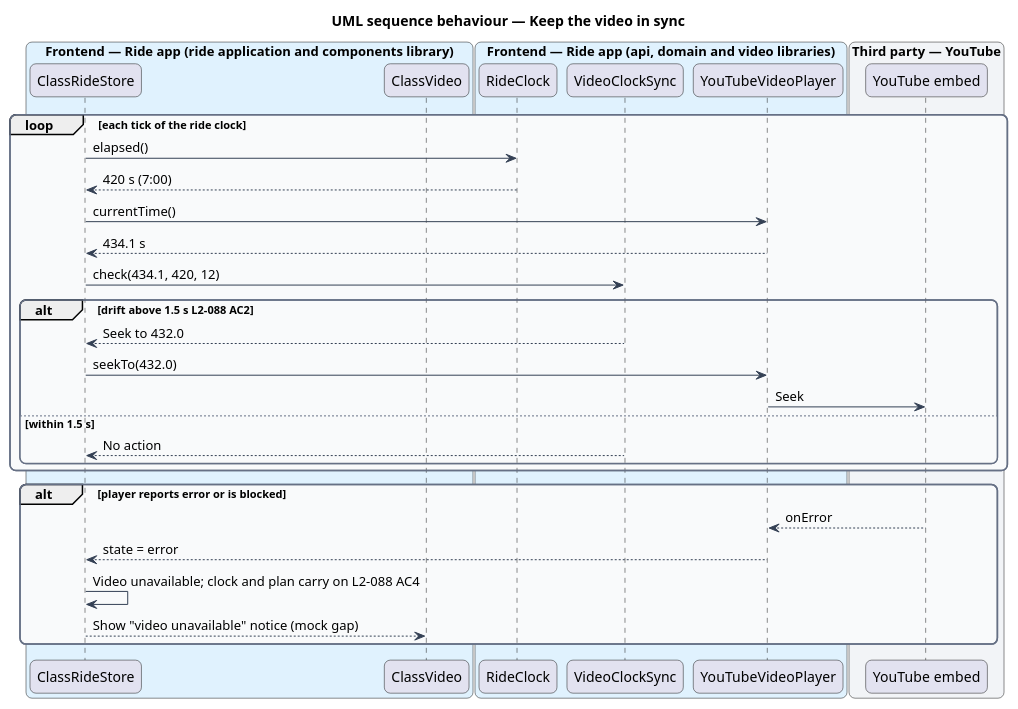
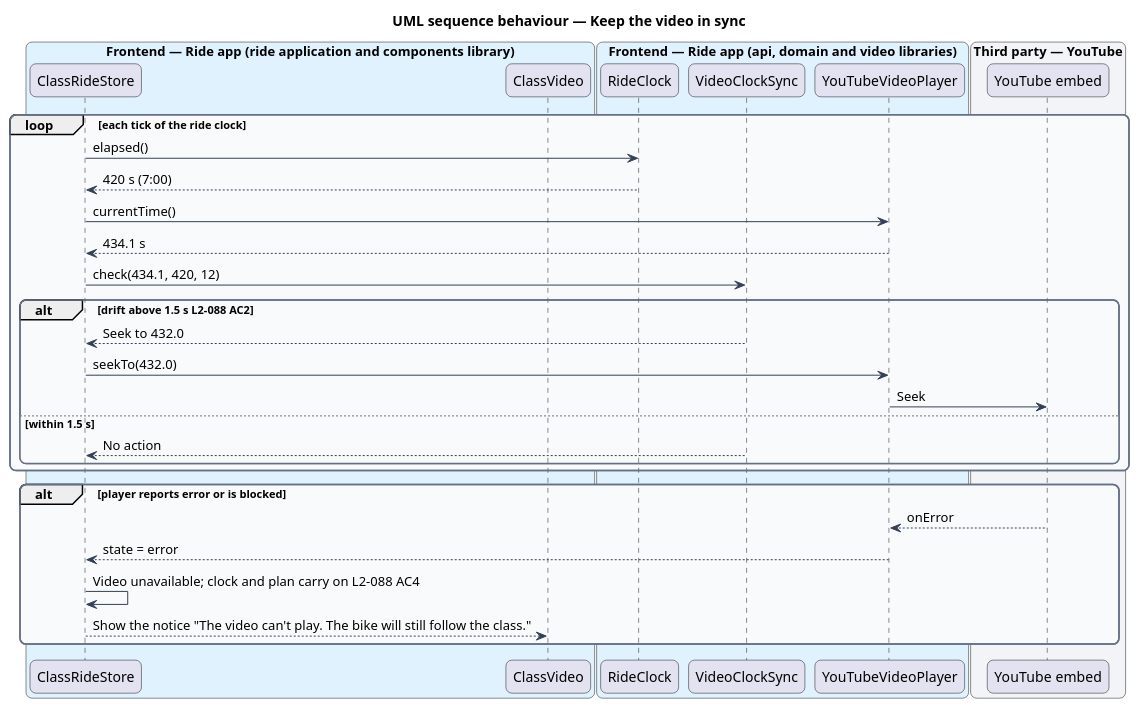
The diagram in docs/detailed-designs/classes/ride-a-class/diagrams/sequence-keep-the-video-in-sync.puml (QuinntyneBrown/ride-one), drawn with PlantUML before and after one commit. The commit also changed 16 other files, not shown here.

First line of the commit message:
Align the class video design and mock with slice 5.3

```diff
--- a/docs/detailed-designs/classes/ride-a-class/diagrams/sequence-keep-the-video-in-sync.puml
+++ b/docs/detailed-designs/classes/ride-a-class/diagrams/sequence-keep-the-video-in-sync.puml
@@ -1,49 +1,49 @@
 @startuml
 title UML sequence behaviour — Keep the video in sync
 skinparam backgroundColor #FFFFFF
 skinparam shadowing false
 skinparam roundcorner 12
 skinparam defaultFontName Arial
 skinparam ArrowColor #344054
 skinparam rectangle {
   BorderColor #344054
   FontColor #101828
 }
 skinparam package {
   BorderColor #667085
   FontColor #101828
   BackgroundColor #F9FAFB
 }
 box "Frontend — Ride app (ride application and components library)" #E0F2FE
   participant "ClassRideStore" as store
   participant "ClassVideo" as view
 end box
 box "Frontend — Ride app (api, domain and video libraries)" #E0F2FE
   participant "RideClock" as clock
   participant "VideoClockSync" as sync
   participant "YouTubeVideoPlayer" as player
 end box
 box "Third party — YouTube" #F2F4F7
   participant "YouTube embed" as yt
 end box
 loop each tick of the ride clock
   store -> clock : elapsed()
   clock --> store : 420 s (7:00)
   store -> player : currentTime()
   player --> store : 434.1 s
   store -> sync : check(434.1, 420, 12)
   alt drift above 1.5 s L2-088 AC2
     sync --> store : Seek to 432.0
     store -> player : seekTo(432.0)
     player -> yt : Seek
   else within 1.5 s
     sync --> store : No action
   end
 end
 alt player reports error or is blocked
   yt --> player : onError
   player --> store : state = error
   store -> store : Video unavailable; clock and plan carry on L2-088 AC4
-  store --> view : Show "video unavailable" notice (mock gap)
+  store --> view : Show the notice "The video can't play. The bike will still follow the class."
 end
 @enduml
```
